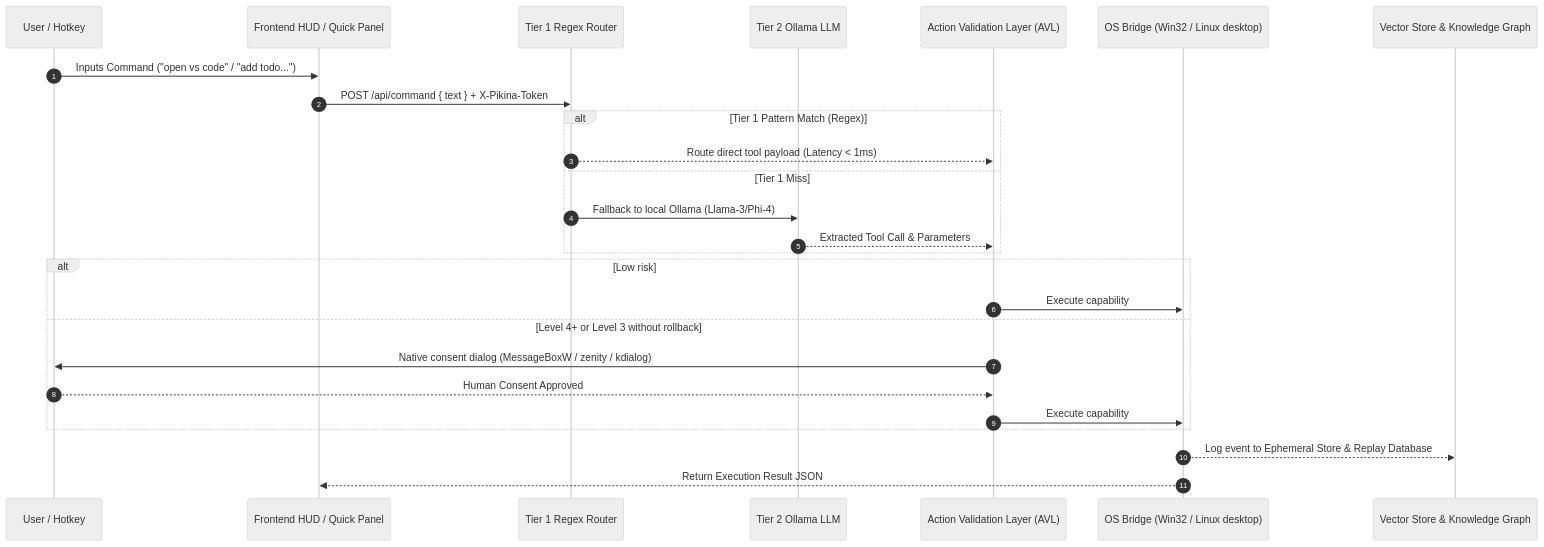
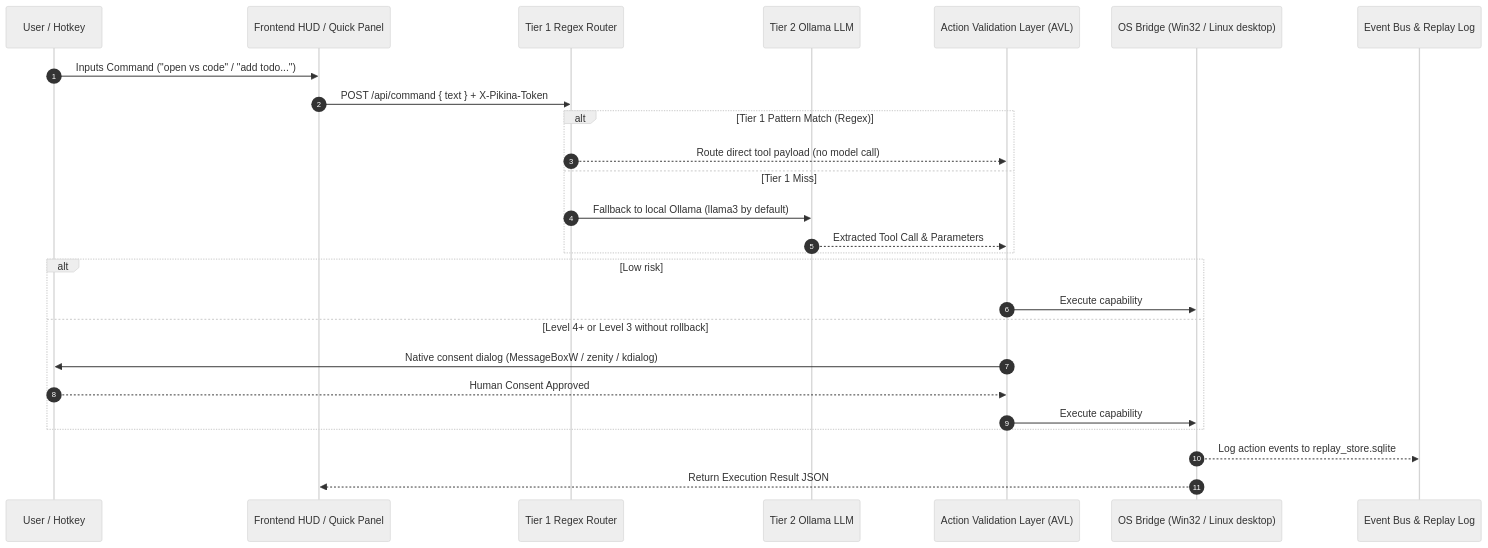
Before and after one commit to Aditya2514/Pikina: the diagram in README.md, drawn with Mermaid (neutral theme). The commit also changed other lines of this file and 1 other file, not shown here.

First line of the commit message:
docs: drop unmeasured latency claims and match the README to the code

````diff
--- a/README.md
+++ b/README.md
@@ -118,31 +118,31 @@
 ```mermaid
 sequenceDiagram
     autonumber
     participant U as User / Hotkey
     participant FE as Frontend HUD / Quick Panel
     participant T1 as Tier 1 Regex Router
     participant T2 as Tier 2 Ollama LLM
     participant AVL as Action Validation Layer (AVL)
     participant WIN as OS Bridge (Win32 / Linux desktop)
-    participant MEM as Vector Store & Knowledge Graph
+    participant LOG as Event Bus & Replay Log
 
     U->>FE: Inputs Command ("open vs code" / "add todo...")
     FE->>T1: POST /api/command { text } + X-Pikina-Token
     alt Tier 1 Pattern Match (Regex)
-        T1-->>AVL: Route direct tool payload (Latency < 1ms)
+        T1-->>AVL: Route direct tool payload (no model call)
     else Tier 1 Miss
-        T1->>T2: Fallback to local Ollama (Llama-3/Phi-4)
+        T1->>T2: Fallback to local Ollama (llama3 by default)
         T2-->>AVL: Extracted Tool Call & Parameters
     end
 
     alt Low risk
         AVL->>WIN: Execute capability
     else Level 4+ or Level 3 without rollback
         AVL->>U: Native consent dialog (MessageBoxW / zenity / kdialog)
         U-->>AVL: Human Consent Approved
         AVL->>WIN: Execute capability
     end
 
-    WIN-->>MEM: Log event to Ephemeral Store & Replay Database
+    WIN-->>LOG: Log action events to replay_store.sqlite
     WIN-->>FE: Return Execution Result JSON
 ```
````
